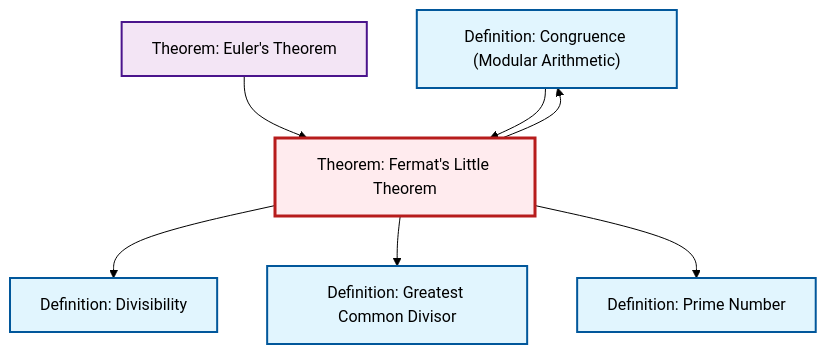
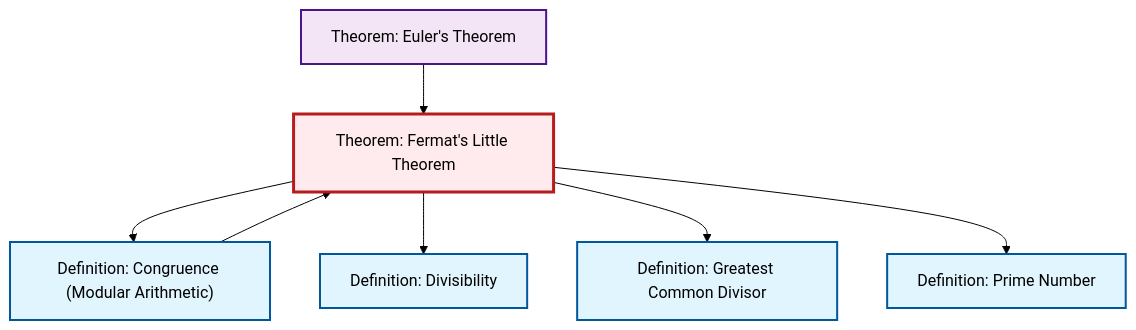
Before and after one commit to RK0429/ModernMath: the diagram in content/ja/number-theory/thm-fermat-little.qmd, drawn with Mermaid (forest theme). The commit also changed other lines of this file and 597 other files, not shown here.

````diff
--- a/content/ja/number-theory/thm-fermat-little.qmd
+++ b/content/ja/number-theory/thm-fermat-little.qmd
@@ -91,27 +91,27 @@
 ```{mermaid}
 %%| fig-cap: "Local dependency graph"
 graph TD
     classDef definition fill:#e1f5fe,stroke:#01579b,stroke-width:2px
     classDef theorem fill:#f3e5f5,stroke:#4a148c,stroke-width:2px
     classDef axiom fill:#fff3e0,stroke:#e65100,stroke-width:2px
     classDef example fill:#e8f5e9,stroke:#1b5e20,stroke-width:2px
     classDef current fill:#ffebee,stroke:#b71c1c,stroke-width:3px
-    def-divisibility["Definition: Divisibility"]:::definition
-    def-prime["Definition: Prime Number"]:::definition
-    def-congruence["Definition: Congruence (Modular Arithmetic)"]:::definition
     thm-euler["Theorem: Euler's Theorem"]:::theorem
     def-gcd["Definition: Greatest Common Divisor"]:::definition
+    def-congruence["Definition: Congruence (Modular Arithmetic)"]:::definition
     thm-fermat-little["Theorem: Fermat's Little Theorem"]:::theorem
+    def-prime["Definition: Prime Number"]:::definition
+    def-divisibility["Definition: Divisibility"]:::definition
     thm-fermat-little --> def-congruence
+    thm-fermat-little --> def-divisibility
+    def-congruence --> thm-fermat-little
     thm-euler --> thm-fermat-little
-    thm-fermat-little --> def-divisibility
     thm-fermat-little --> def-gcd
     thm-fermat-little --> def-prime
-    def-congruence --> thm-fermat-little
     class thm-fermat-little current
-    click def-divisibility "def-divisibility.html" "Definition: Divisibilityへ"
-    click def-prime "def-prime.html" "Definition: Prime Numberへ"
-    click def-congruence "def-congruence.html" "Definition: Congruence (Modular Arithmetic)へ"
     click thm-euler "thm-euler.html" "Theorem: Euler's Theoremへ"
     click def-gcd "def-gcd.html" "Definition: Greatest Common Divisorへ"
+    click def-congruence "def-congruence.html" "Definition: Congruence (Modular Arithmetic)へ"
+    click def-prime "def-prime.html" "Definition: Prime Numberへ"
+    click def-divisibility "def-divisibility.html" "Definition: Divisibilityへ"
 ```
````
